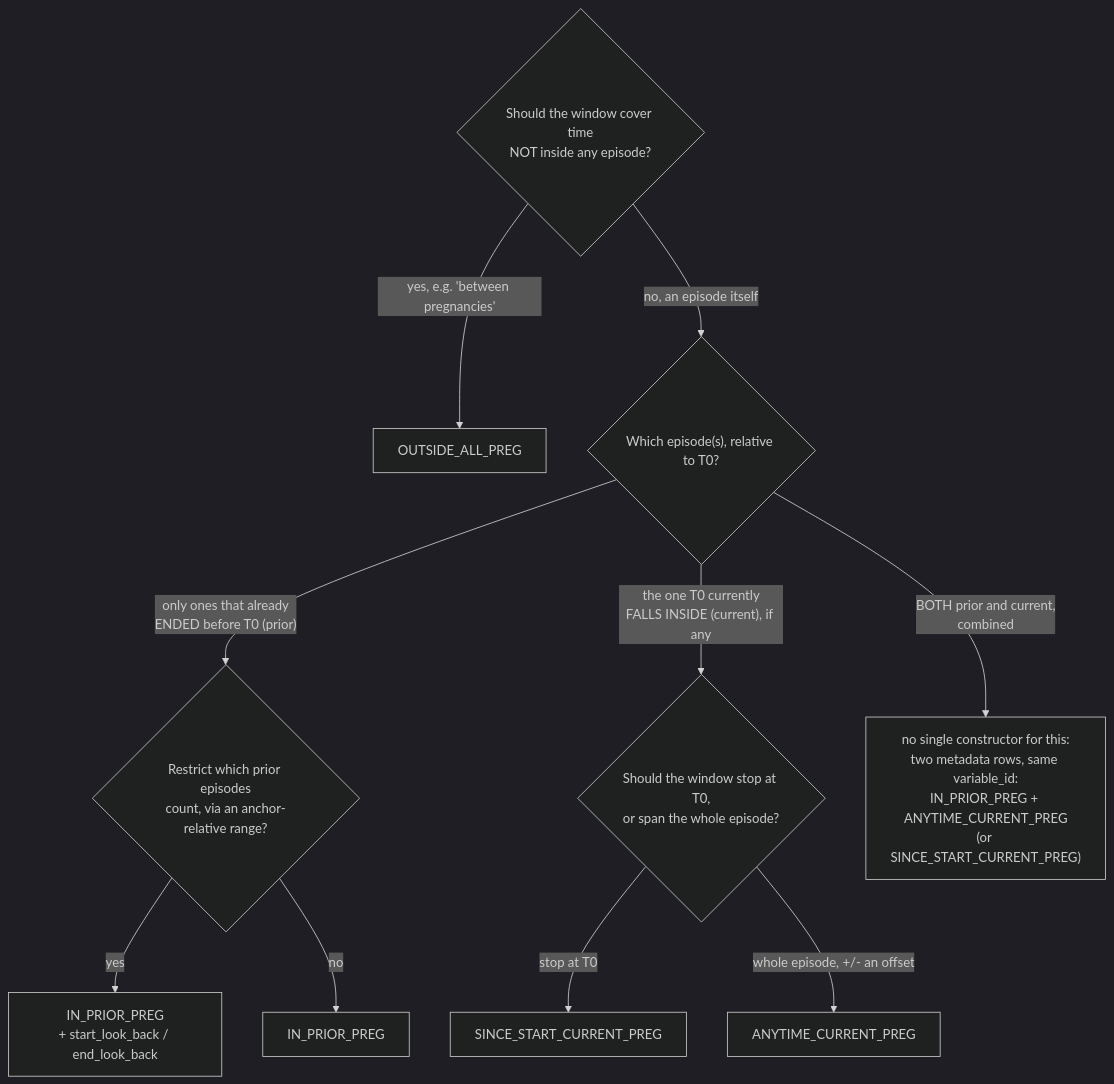
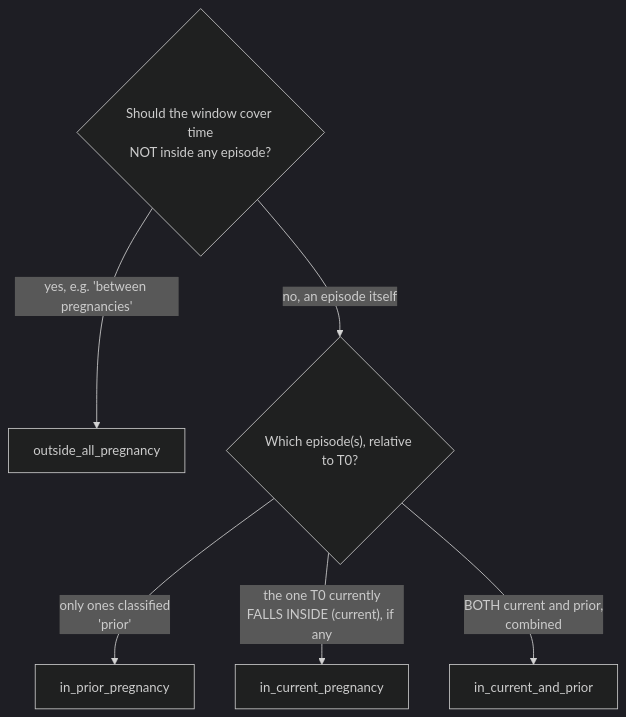
Before and after one commit to UMC-Utrecht-RWE/anchoR: the diagram in documentation/Tutorial_pregnancy_windows.md, drawn with Mermaid (dark theme). The commit also changed other lines of this file and 35 other files, not shown here.

````diff
--- a/documentation/Tutorial_pregnancy_windows.md
+++ b/documentation/Tutorial_pregnancy_windows.md
@@ -45,16 +57,10 @@
 ```mermaid
 flowchart TD
     Q1{"Should the window cover time\nNOT inside any episode?"}
-    Q1 -->|yes, e.g. 'between pregnancies'| OUTSIDE["OUTSIDE_ALL_PREG"]
+    Q1 -->|yes, e.g. 'between pregnancies'| OUTSIDE["outside_all_pregnancy"]
     Q1 -->|no, an episode itself| Q2{"Which episode(s), relative to T0?"}
 
-    Q2 -->|"only ones that already\nENDED before T0 (prior)"| Q3{"Restrict which prior episodes\ncount, via an anchor-relative range?"}
-    Q3 -->|yes| PRIORLB["IN_PRIOR_PREG\n+ start_look_back / end_look_back"]
-    Q3 -->|no| PRIOR["IN_PRIOR_PREG"]
-
-    Q2 -->|"the one T0 currently\nFALLS INSIDE (current), if any"| Q4{"Should the window stop at T0,\nor span the whole episode?"}
-    Q4 -->|stop at T0| SINCE["SINCE_START_CURRENT_PREG"]
-    Q4 -->|whole episode, +/- an offset| ANY["ANYTIME_CURRENT_PREG"]
-
-    Q2 -->|"BOTH prior and current,\ncombined"| COMBO["no single constructor for this:\ntwo metadata rows, same variable_id:\nIN_PRIOR_PREG + ANYTIME_CURRENT_PREG\n(or SINCE_START_CURRENT_PREG)"]
+    Q2 -->|"only ones classified\n'prior'"| PRIOR["in_prior_pregnancy"]
+    Q2 -->|"the one T0 currently\nFALLS INSIDE (current), if any"| CURRENT["in_current_pregnancy"]
+    Q2 -->|"BOTH current and prior,\ncombined"| COMBO["in_current_and_prior"]
 ```
````
